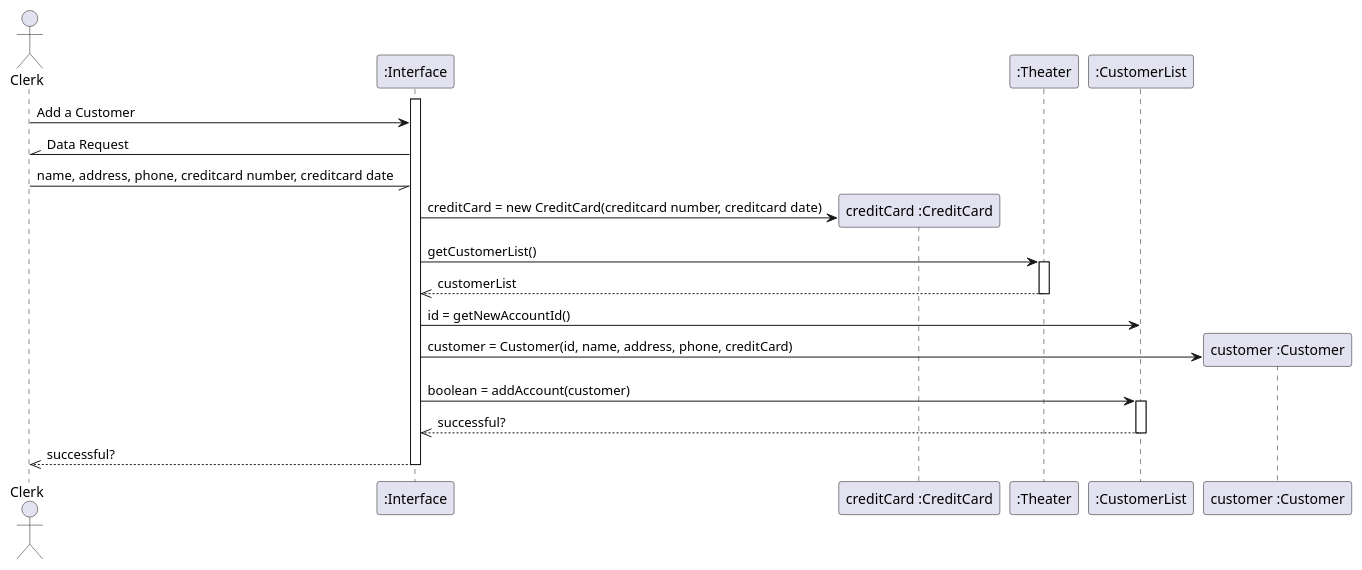
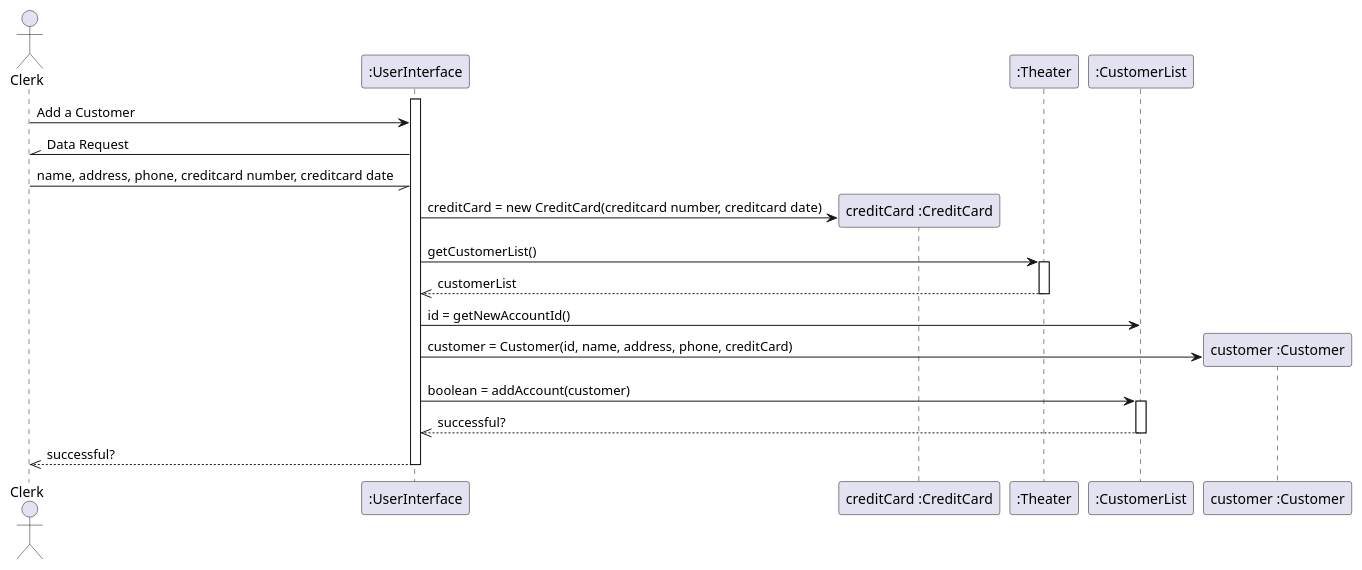
One commit to FreezeWarp/372Groupwork changed the diagram in src/SequenceDiagrams/AddCustomer.pu. Above: the diagram before and after it, drawn with PlantUML. The commit also changed 17 other files, not shown here.

First line of the commit message:
Rename Interface to UserInterface

```diff
--- a/src/SequenceDiagrams/AddCustomer.pu
+++ b/src/SequenceDiagrams/AddCustomer.pu
@@ -1,26 +1,26 @@
 @startuml
 
 actor Clerk
 
-activate ":Interface"
-Clerk -> ":Interface" : Add a Customer
-Clerk //- ":Interface": Data Request
-Clerk -// ":Interface": name, address, phone, creditcard number, creditcard date
+activate ":UserInterface"
+Clerk -> ":UserInterface" : Add a Customer
+Clerk //- ":UserInterface": Data Request
+Clerk -// ":UserInterface": name, address, phone, creditcard number, creditcard date
 
 create "creditCard :CreditCard"
-":Interface" -> "creditCard :CreditCard" : creditCard = new CreditCard(creditcard number, creditcard date)
+":UserInterface" -> "creditCard :CreditCard" : creditCard = new CreditCard(creditcard number, creditcard date)
 
-":Interface" -> ":Theater" : getCustomerList()
+":UserInterface" -> ":Theater" : getCustomerList()
 activate ":Theater"
-":Theater" -->> ":Interface": customerList
+":Theater" -->> ":UserInterface": customerList
 deactivate ":Theater"
-":Interface" -> ":CustomerList": id = getNewAccountId()
+":UserInterface" -> ":CustomerList": id = getNewAccountId()
 create "customer :Customer"
-":Interface" -> "customer :Customer": customer = Customer(id, name, address, phone, creditCard)
-":Interface" -> ":CustomerList" : boolean = addAccount(customer)
+":UserInterface" -> "customer :Customer": customer = Customer(id, name, address, phone, creditCard)
+":UserInterface" -> ":CustomerList" : boolean = addAccount(customer)
 activate ":CustomerList"
-":CustomerList" -->> ":Interface" : successful?
+":CustomerList" -->> ":UserInterface" : successful?
 deactivate ":CustomerList"
-":Interface" -->> Clerk : successful?
-deactivate ":Interface"
+":UserInterface" -->> Clerk : successful?
+deactivate ":UserInterface"
 @enduml
```
